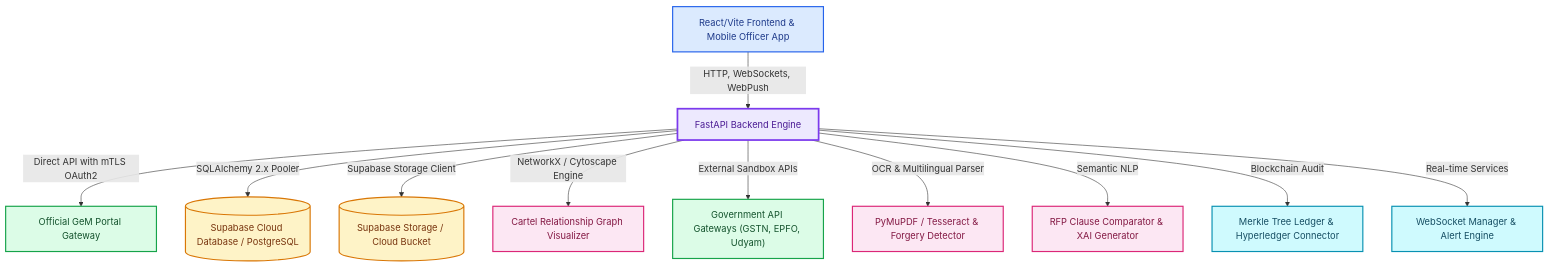
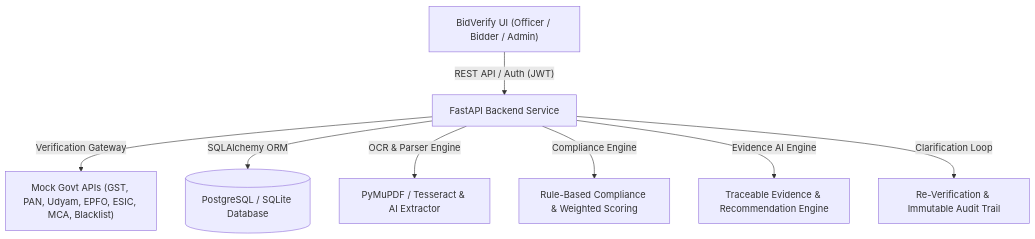
One commit to Yogeshsingh123-LAB/-AI-Powered-Integrated-Bid-Compliance-Verification-Platform-for-GeM-Procurement changed the diagram in README.md. Above: the diagram before and after it, drawn with Mermaid. The commit also changed other lines of this file and 9 other files, not shown here.

Commit message:
feat: Add BidVerify platform AI Tender Requirement Analyzer, 6-Step Tender Wizard, Verification Gateway and Clarification Loop

````diff
--- a/README.md
+++ b/README.md
@@ -29,27 +86,10 @@
 ```mermaid
 flowchart TD
-    A["React/Vite Frontend & Mobile Officer App"] -->|"HTTP, WebSockets, WebPush"| B["FastAPI Backend Engine"]
-    B -->|"Direct API with mTLS OAuth2"| GeM["Official GeM Portal Gateway"]
-    B -->|"SQLAlchemy 2.x Pooler"| C[("Supabase Cloud Database / PostgreSQL")]
-    B -->|"Supabase Storage Client"| S[("Supabase Storage / Cloud Bucket")]
-    B -->|"NetworkX / Cytoscape Engine"| D["Cartel Relationship Graph Visualizer"]
-    B -->|"External Sandbox APIs"| E["Government API Gateways (GSTN, EPFO, Udyam)"]
-    B -->|"OCR & Multilingual Parser"| F["PyMuPDF / Tesseract & Forgery Detector"]
-    B -->|"Semantic NLP"| G["RFP Clause Comparator & XAI Generator"]
-    B -->|"Blockchain Audit"| H["Merkle Tree Ledger & Hyperledger Connector"]
-    B -->|"Real-time Services"| I["WebSocket Manager & Alert Engine"]
-
-    classDef client fill:#DBEAFE,stroke:#2563EB,color:#1E3A8A,stroke-width:2px
-    classDef core fill:#EDE9FE,stroke:#7C3AED,color:#4C1D95,stroke-width:3px
-    classDef portal fill:#DCFCE7,stroke:#16A34A,color:#14532D,stroke-width:2px
-    classDef data fill:#FEF3C7,stroke:#D97706,color:#78350F,stroke-width:2px
-    classDef analytics fill:#FCE7F3,stroke:#DB2777,color:#831843,stroke-width:2px
-    classDef service fill:#CFFAFE,stroke:#0891B2,color:#164E63,stroke-width:2px
-
-    class A client
-    class B core
-    class GeM,E portal
-    class C,S data
-    class D,F,G analytics
-    class H,I service
+    A["BidVerify UI (Officer / Bidder / Admin)"] -->|"REST API / Auth (JWT)"| B["FastAPI Backend Service"]
+    B -->|"Verification Gateway"| G["Mock Govt APIs (GST, PAN, Udyam, EPFO, ESIC, MCA, Blacklist)"]
+    B -->|"SQLAlchemy ORM"| C[("PostgreSQL / SQLite Database")]
+    B -->|"OCR & Parser Engine"| F["PyMuPDF / Tesseract & AI Extractor"]
+    B -->|"Compliance Engine"| H["Rule-Based Compliance & Weighted Scoring"]
+    B -->|"Evidence AI Engine"| I["Traceable Evidence & Recommendation Engine"]
+    B -->|"Clarification Loop"| J["Re-Verification & Immutable Audit Trail"]
 ```
````
